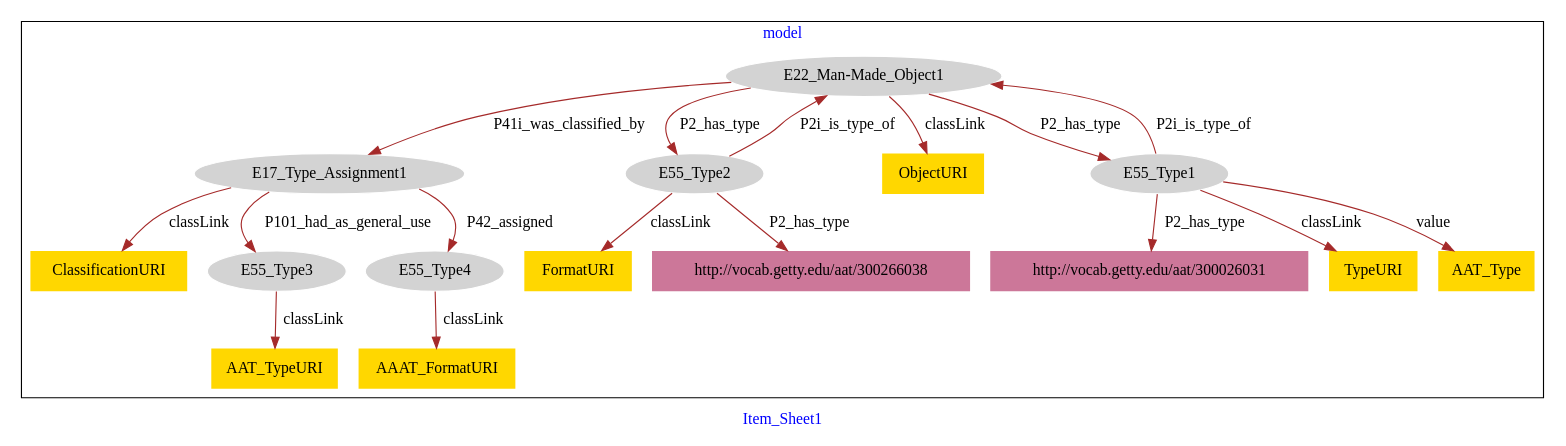
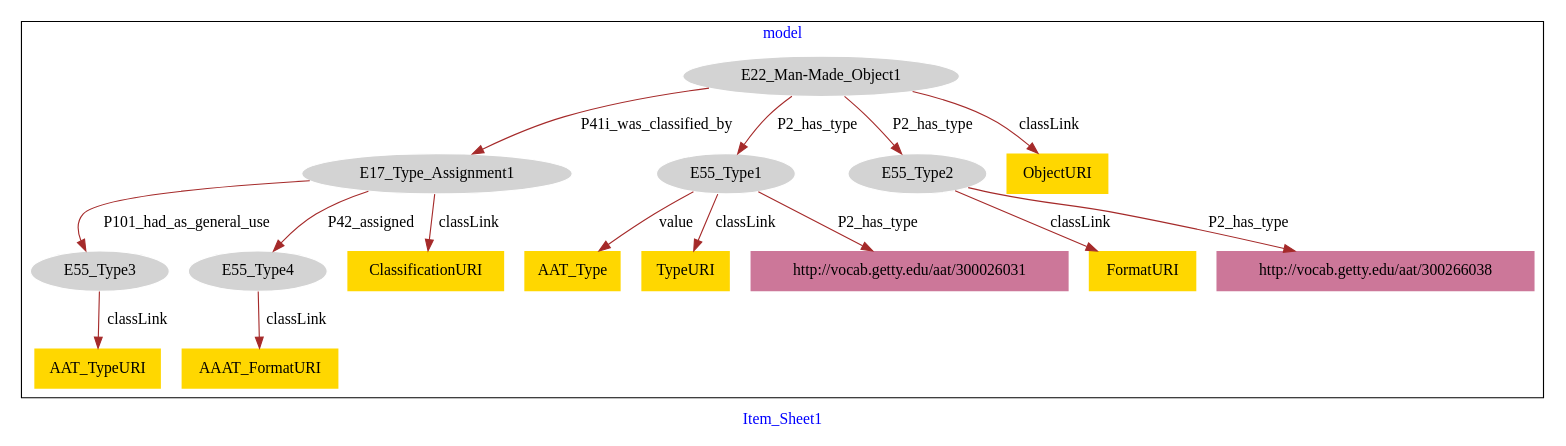
The diagram in Item_Classification/Item_Classification-model.dot (american-art/aaa), drawn with Graphviz before and after one commit.

Commit message:
Update file Item_Classification-model.dot

```diff
--- a/Item_Classification/Item_Classification-model.dot
+++ b/Item_Classification/Item_Classification-model.dot
@@ -1,39 +1,37 @@
 digraph n0 {
 fontcolor="blue"
 remincross="true"
 label="Item_Sheet1"
 subgraph cluster {
 label="model"
 n2[style="filled",color="white",fillcolor="lightgray",label="E17_Type_Assignment1"];
 n3[style="filled",color="white",fillcolor="lightgray",label="E55_Type3"];
 n4[style="filled",color="white",fillcolor="lightgray",label="E55_Type4"];
 n5[style="filled",color="white",fillcolor="lightgray",label="E22_Man-Made_Object1"];
-n6[style="filled",color="white",fillcolor="lightgray",label="E55_Type2"];
-n7[style="filled",color="white",fillcolor="lightgray",label="E55_Type1"];
-n8[shape="plaintext",style="filled",fillcolor="gold",label="ClassificationURI"];
-n9[shape="plaintext",style="filled",fillcolor="gold",label="ObjectURI"];
-n10[shape="plaintext",style="filled",fillcolor="gold",label="FormatURI"];
-n11[shape="plaintext",style="filled",fillcolor="gold",label="AAT_TypeURI"];
-n12[shape="plaintext",style="filled",fillcolor="gold",label="AAAT_FormatURI"];
-n13[shape="plaintext",style="filled",fillcolor="gold",label="TypeURI"];
-n14[shape="plaintext",style="filled",fillcolor="gold",label="AAT_Type"];
+n6[style="filled",color="white",fillcolor="lightgray",label="E55_Type1"];
+n7[style="filled",color="white",fillcolor="lightgray",label="E55_Type2"];
+n8[shape="plaintext",style="filled",fillcolor="gold",label="AAT_Type"];
+n9[shape="plaintext",style="filled",fillcolor="gold",label="ClassificationURI"];
+n10[shape="plaintext",style="filled",fillcolor="gold",label="AAAT_FormatURI"];
+n11[shape="plaintext",style="filled",fillcolor="gold",label="FormatURI"];
+n12[shape="plaintext",style="filled",fillcolor="gold",label="TypeURI"];
+n13[shape="plaintext",style="filled",fillcolor="gold",label="AAT_TypeURI"];
+n14[shape="plaintext",style="filled",fillcolor="gold",label="ObjectURI"];
 n15[shape="plaintext",style="filled",fillcolor="#CC7799",label="http://vocab.getty.edu/aat/300026031"];
 n16[shape="plaintext",style="filled",fillcolor="#CC7799",label="http://vocab.getty.edu/aat/300266038"];
 }
 n2 -> n3[color="brown",fontcolor="black",label="P101_had_as_general_use"]
 n2 -> n4[color="brown",fontcolor="black",label="P42_assigned"]
 n5 -> n2[color="brown",fontcolor="black",label="P41i_was_classified_by"]
 n5 -> n6[color="brown",fontcolor="black",label="P2_has_type"]
-n7 -> n5[color="brown",fontcolor="black",label="P2i_is_type_of"]
-n2 -> n8[color="brown",fontcolor="black",label="classLink"]
-n5 -> n9[color="brown",fontcolor="black",label="classLink"]
-n6 -> n10[color="brown",fontcolor="black",label="classLink"]
-n3 -> n11[color="brown",fontcolor="black",label="classLink"]
-n4 -> n12[color="brown",fontcolor="black",label="classLink"]
-n7 -> n13[color="brown",fontcolor="black",label="classLink"]
-n7 -> n14[color="brown",fontcolor="black",label="value"]
 n5 -> n7[color="brown",fontcolor="black",label="P2_has_type"]
-n6 -> n5[color="brown",fontcolor="black",label="P2i_is_type_of"]
-n7 -> n15[color="brown",fontcolor="black",label="P2_has_type"]
-n6 -> n16[color="brown",fontcolor="black",label="P2_has_type"]
+n6 -> n8[color="brown",fontcolor="black",label="value"]
+n2 -> n9[color="brown",fontcolor="black",label="classLink"]
+n4 -> n10[color="brown",fontcolor="black",label="classLink"]
+n7 -> n11[color="brown",fontcolor="black",label="classLink"]
+n6 -> n12[color="brown",fontcolor="black",label="classLink"]
+n3 -> n13[color="brown",fontcolor="black",label="classLink"]
+n5 -> n14[color="brown",fontcolor="black",label="classLink"]
+n6 -> n15[color="brown",fontcolor="black",label="P2_has_type"]
+n7 -> n16[color="brown",fontcolor="black",label="P2_has_type"]
 }
```
